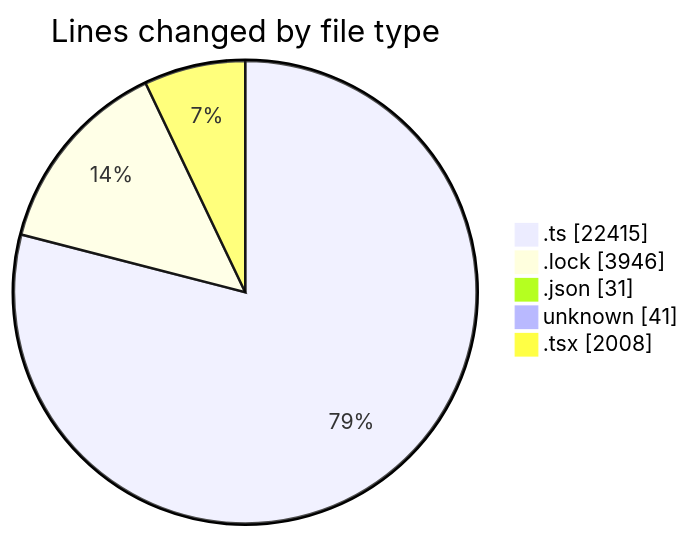
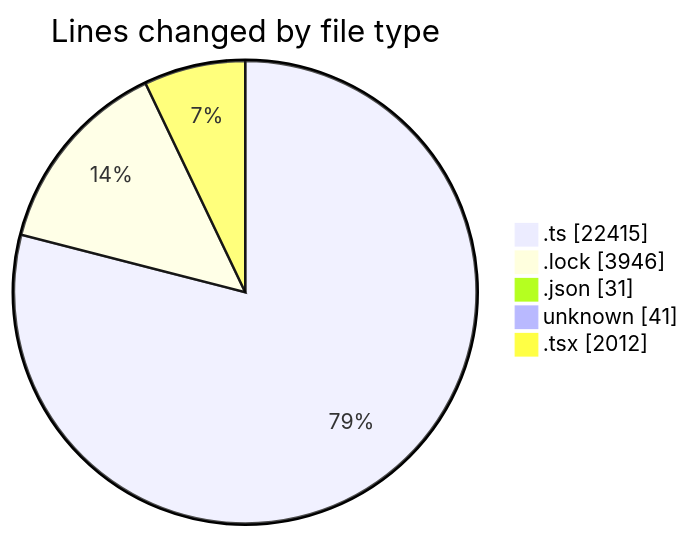
The first of 2 diagrams in 2025-08-19/cda/README.md (momahboobian/code-tracking), drawn with Mermaid before and after one commit. The commit also changed other lines of this file and 1 other file, not shown here.

````diff
--- a/2025-08-19/cda/README.md
+++ b/2025-08-19/cda/README.md
@@ -45,9 +45,9 @@
 ```mermaid
 pie showData
 title Lines changed by file type
 ".ts" : 22415
 ".lock" : 3946
 ".json" : 31
 "unknown" : 41
-".tsx" : 2008
+".tsx" : 2012
 ```
````
